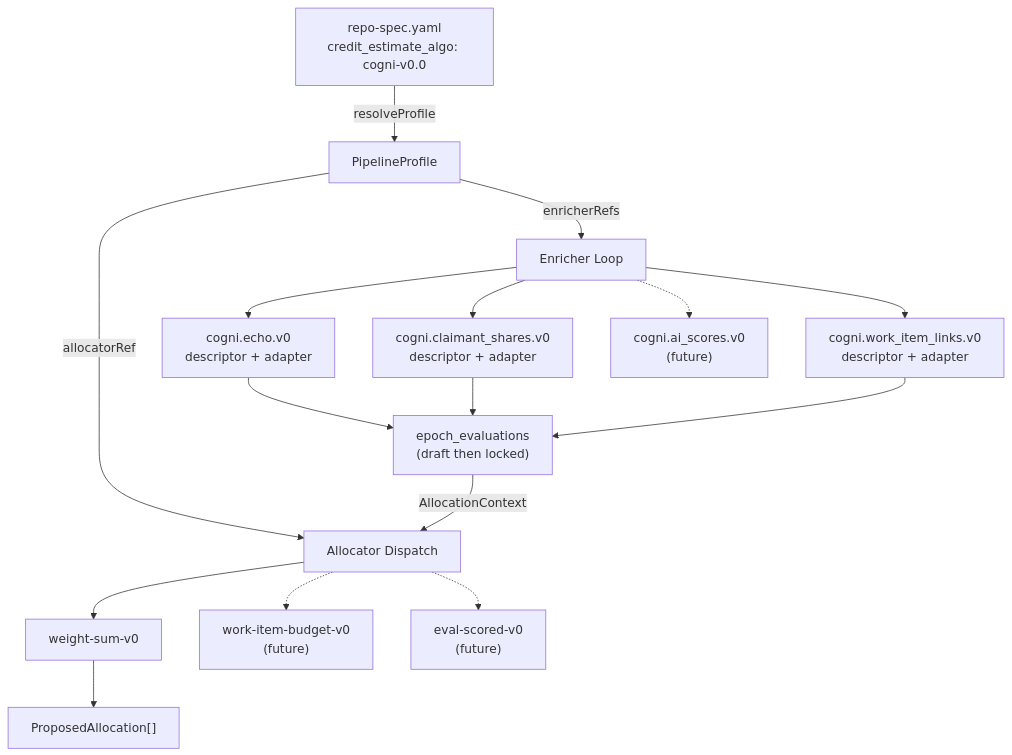
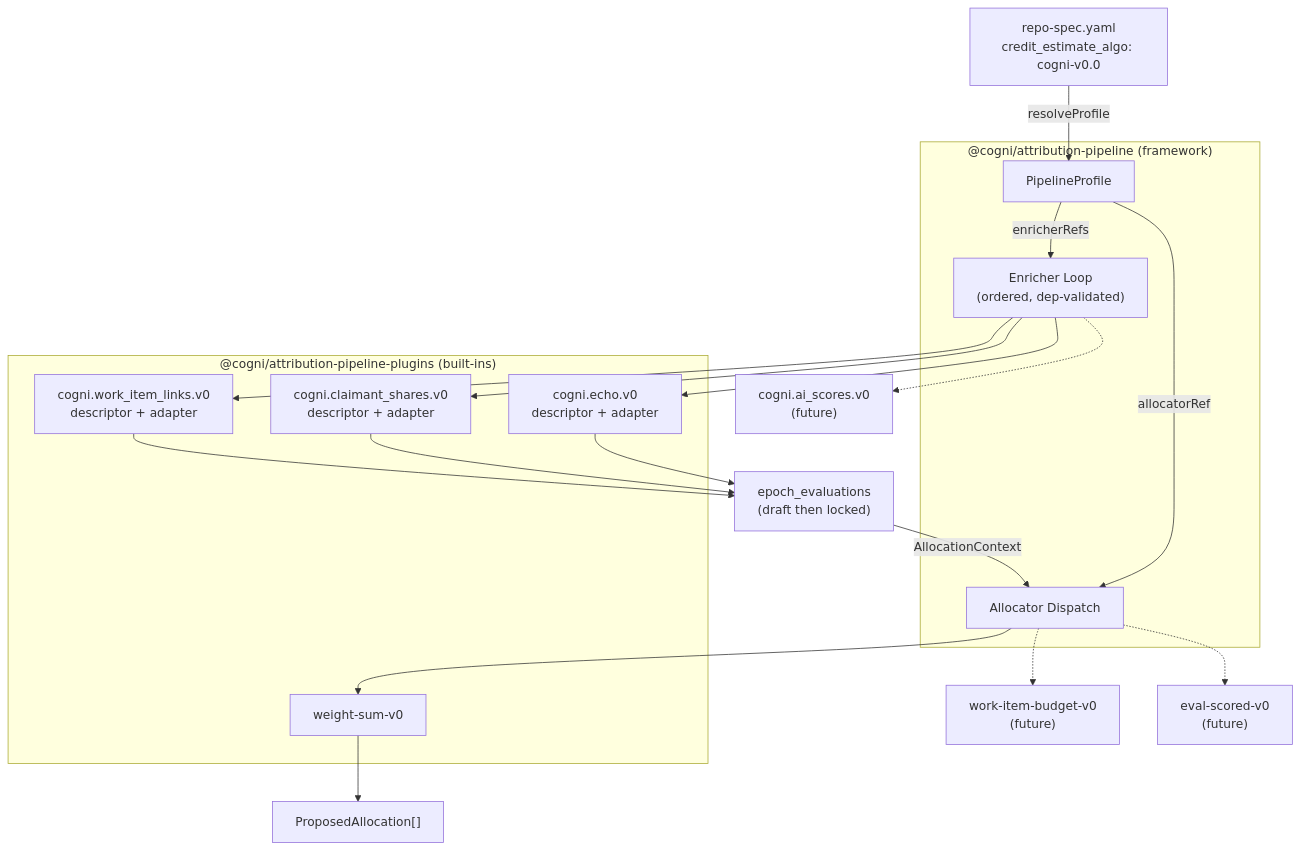
One commit to Cogni-DAO/node-template changed the diagram in docs/spec/plugin-attribution-pipeline.md. Above: the diagram before and after it, drawn with Mermaid. The commit also changed other lines of this file and 77 other files, not shown here.

````diff
--- a/docs/spec/plugin-attribution-pipeline.md
+++ b/docs/spec/plugin-attribution-pipeline.md
@@ -35,22 +35,35 @@
 ```mermaid
 graph TD
     RS["repo-spec.yaml<br/>credit_estimate_algo: cogni-v0.0"] -->|resolveProfile| P["PipelineProfile"]
-    P -->|enricherRefs| EL["Enricher Loop"]
+    P -->|enricherRefs| EL["Enricher Loop<br/>(ordered, dep-validated)"]
     P -->|allocatorRef| AD["Allocator Dispatch"]
 
     EL --> E1["cogni.echo.v0<br/>descriptor + adapter"]
     EL --> E2["cogni.claimant_shares.v0<br/>descriptor + adapter"]
     EL --> E3["cogni.work_item_links.v0<br/>descriptor + adapter"]
     EL -.-> E4["cogni.ai_scores.v0<br/>(future)"]
 
     E1 --> EV["epoch_evaluations<br/>(draft then locked)"]
     E2 --> EV
     E3 --> EV
 
     EV -->|AllocationContext| AD
     AD --> WS["weight-sum-v0"]
     AD -.-> WB["work-item-budget-v0<br/>(future)"]
     AD -.-> ES["eval-scored-v0<br/>(future)"]
 
     WS --> PA["ProposedAllocation[]"]
+
+    subgraph "@cogni/attribution-pipeline (framework)"
+        P
+        EL
+        AD
+    end
+
+    subgraph "@cogni/attribution-pipeline-plugins (built-ins)"
+        E1
+        E2
+        E3
+        WS
+    end
 ```
````
